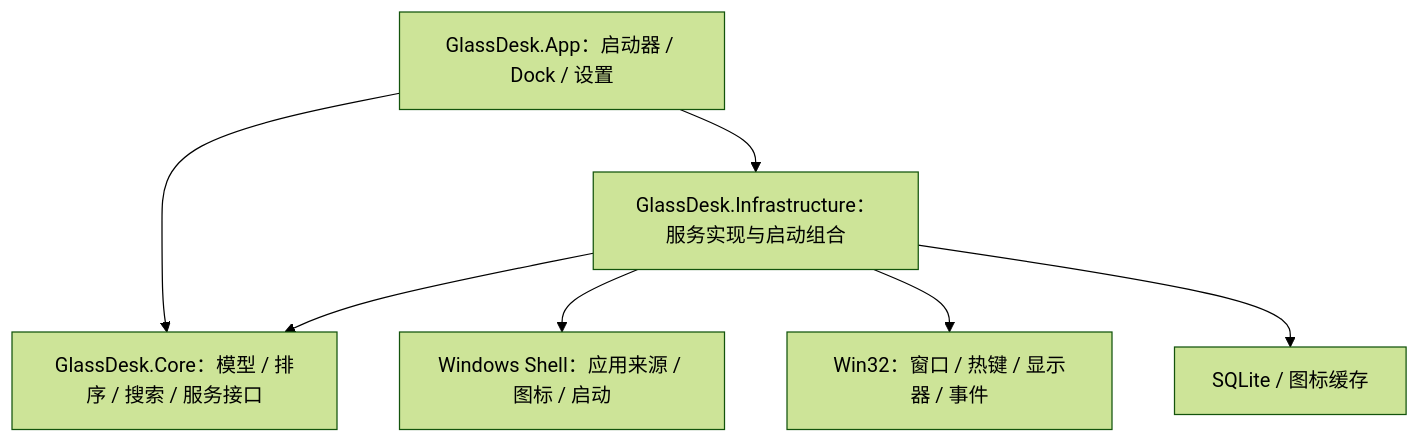
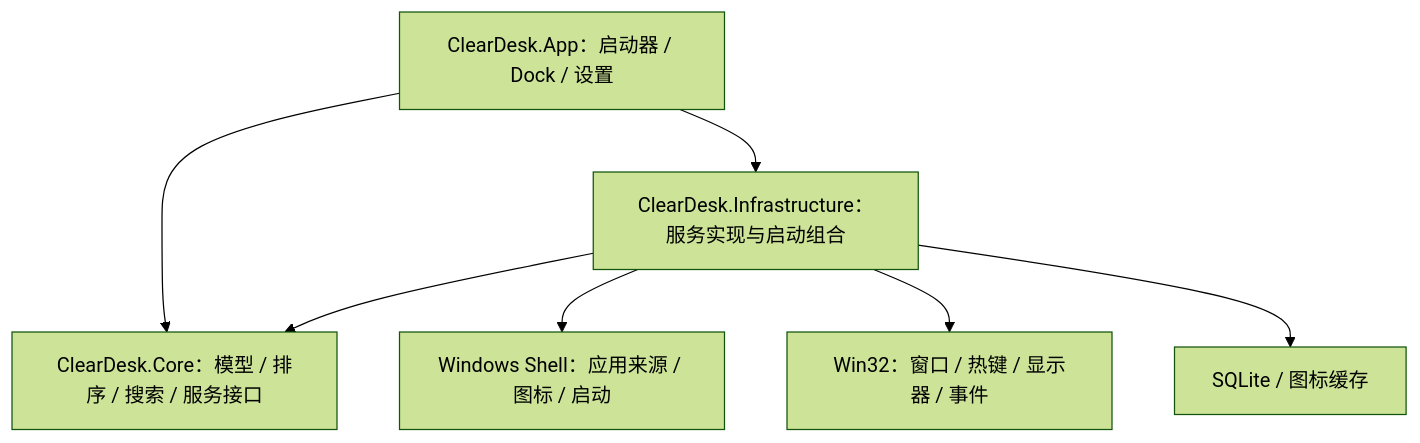
Before and after one commit to Starlre/cleardesk: the diagram in docs/ARCHITECTURE.md, drawn with Mermaid (forest theme). The commit also changed other lines of this file and 31 other files, not shown here.

````diff
--- a/docs/ARCHITECTURE.md
+++ b/docs/ARCHITECTURE.md
@@ -7,9 +7,9 @@
 ```mermaid
 flowchart TD
-    App[GlassDesk.App：启动器 / Dock / 设置] --> Core[GlassDesk.Core：模型 / 排序 / 搜索 / 服务接口]
-    App --> Infra[GlassDesk.Infrastructure：服务实现与启动组合]
+    App[ClearDesk.App：启动器 / Dock / 设置] --> Core[ClearDesk.Core：模型 / 排序 / 搜索 / 服务接口]
+    App --> Infra[ClearDesk.Infrastructure：服务实现与启动组合]
     Infra --> Core
     Infra --> Shell[Windows Shell：应用来源 / 图标 / 启动]
     Infra --> Native[Win32：窗口 / 热键 / 显示器 / 事件]
     Infra --> Storage[SQLite / 图标缓存]
 ```
````
